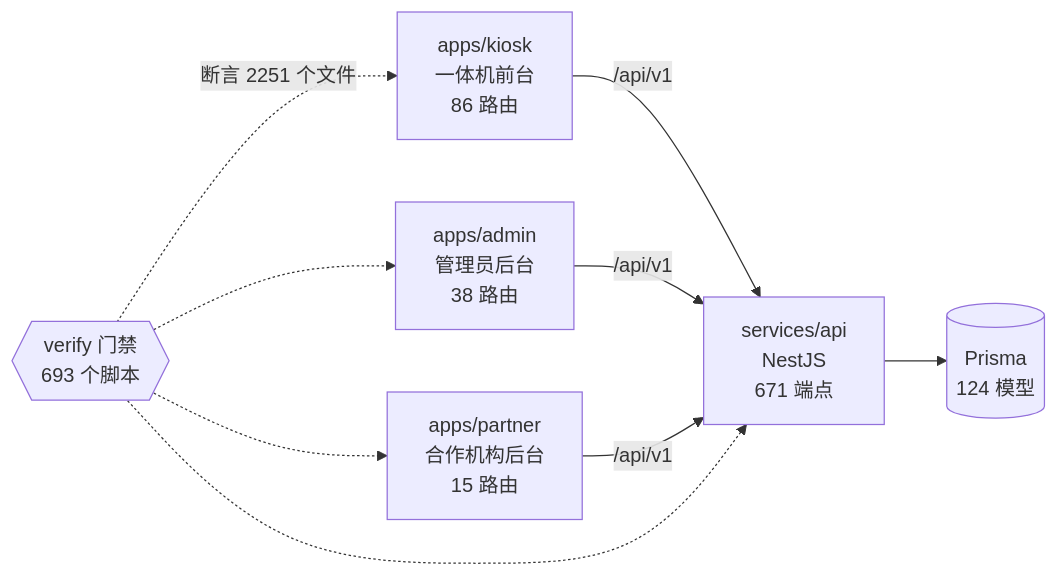
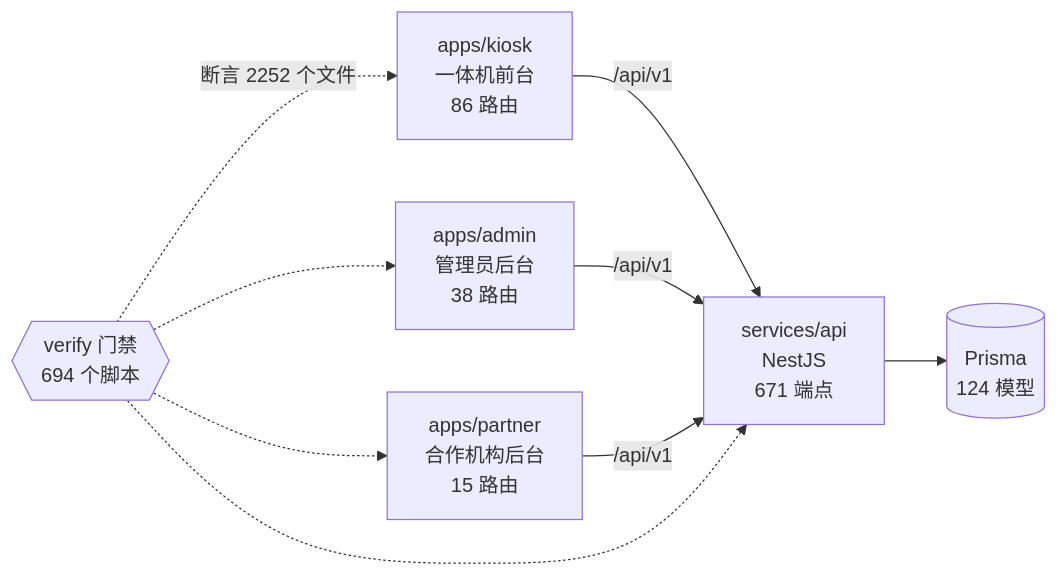
The diagram in docs/graph/README.md (wanglei581/YITIJI), drawn with Mermaid before and after one commit. The commit also changed other lines of this file and 3 other files, not shown here.

````diff
--- a/docs/graph/README.md
+++ b/docs/graph/README.md
@@ -68,18 +68,18 @@
 ```mermaid
 flowchart LR
   kiosk["apps/kiosk<br/>一体机前台<br/>86 路由"]
   admin["apps/admin<br/>管理员后台<br/>38 路由"]
   partner["apps/partner<br/>合作机构后台<br/>15 路由"]
   api["services/api<br/>NestJS<br/>671 端点"]
   db[("Prisma<br/>124 模型")]
-  gates{{"verify 门禁<br/>693 个脚本"}}
+  gates{{"verify 门禁<br/>694 个脚本"}}
 
   kiosk -->|"/api/v1"| api
   admin -->|"/api/v1"| api
   partner -->|"/api/v1"| api
   api --> db
-  gates -.->|"断言 2251 个文件"| kiosk
+  gates -.->|"断言 2252 个文件"| kiosk
   gates -.-> admin
   gates -.-> partner
   gates -.-> api
 ```
````
